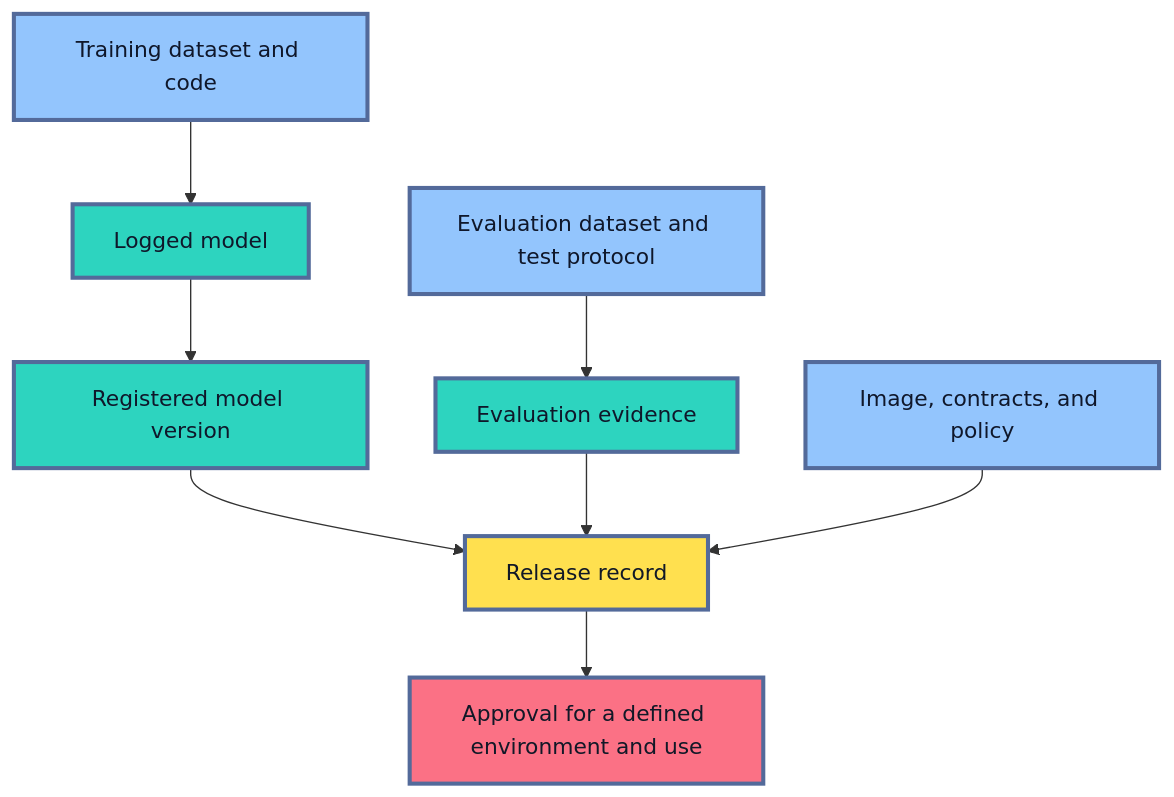
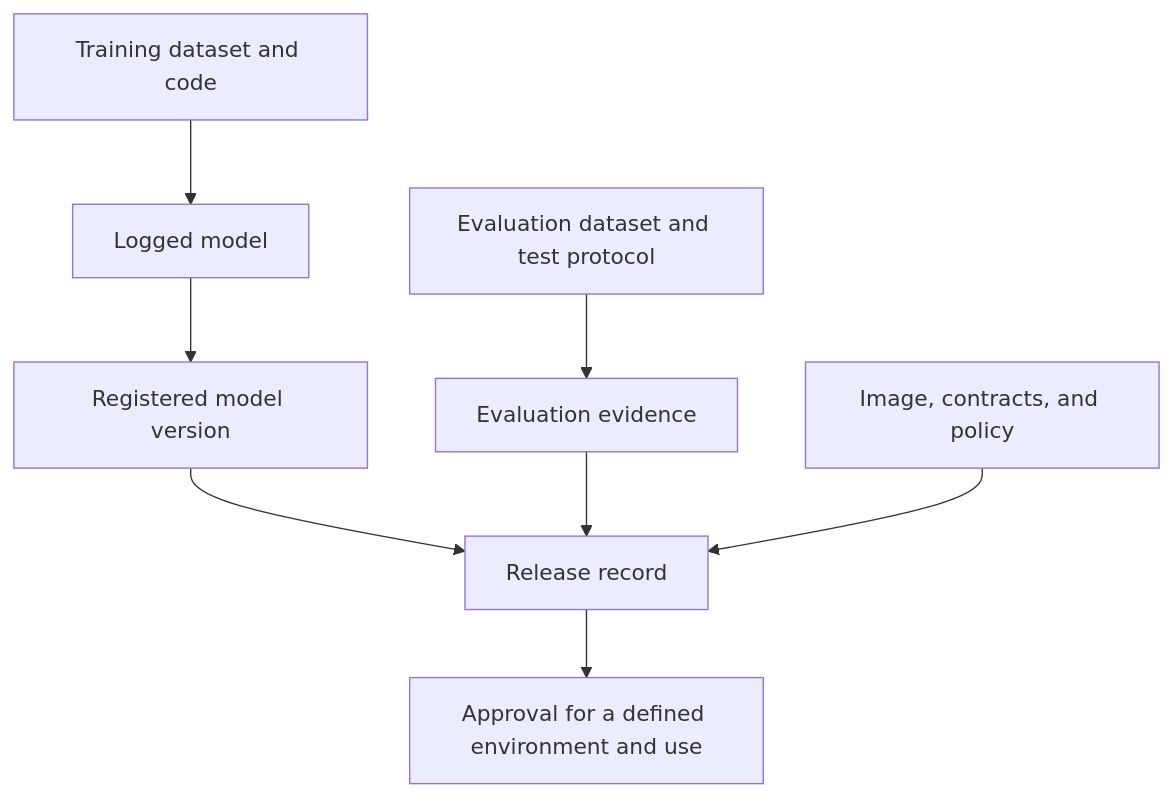
The second of 4 diagrams in roadmaps/mlops/modules/deployment-and-release-management/model-release-basics/02-model-versioning-in-production.md (senlinyy/dev-roadmaps), drawn with Mermaid before and after one commit. The commit also changed other lines of this file and 152 other files, not shown here.

Commit message:
feat: mlops and diagrams updated

````diff
--- a/roadmaps/mlops/modules/deployment-and-release-management/model-release-basics/02-model-versioning-in-production.md
+++ b/roadmaps/mlops/modules/deployment-and-release-management/model-release-basics/02-model-versioning-in-production.md
@@ -234,19 +231,15 @@
 ```mermaid
 flowchart TD
     A["Training dataset and code"] --> B["Logged model"]
     B --> C["Registered model version"]
     D["Evaluation dataset and test protocol"] --> E["Evaluation evidence"]
     C --> F["Release record"]
     E --> F
     G["Image, contracts, and policy"] --> F
     F --> H["Approval for a defined environment and use"]
 
-    classDef origin fill:#93C5FD,stroke:#536A9A,stroke-width:3px,color:#0F172A
-    classDef identity fill:#2DD4BF,stroke:#536A9A,stroke-width:3px,color:#0F172A
-    classDef release fill:#FFE04F,stroke:#536A9A,stroke-width:3px,color:#111827
-    classDef approval fill:#FB7185,stroke:#536A9A,stroke-width:3px,color:#111827
     class A,D,G origin
     class B,C,E identity
     class F release
     class H approval
 ```
````
